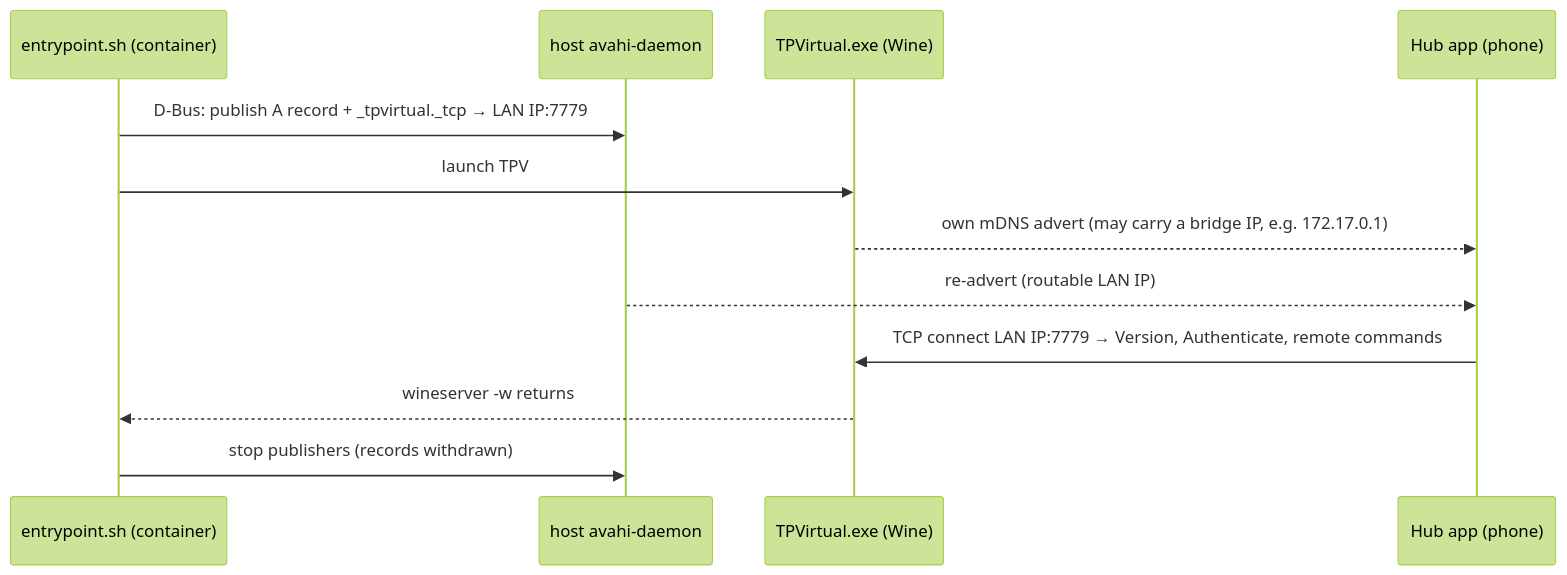
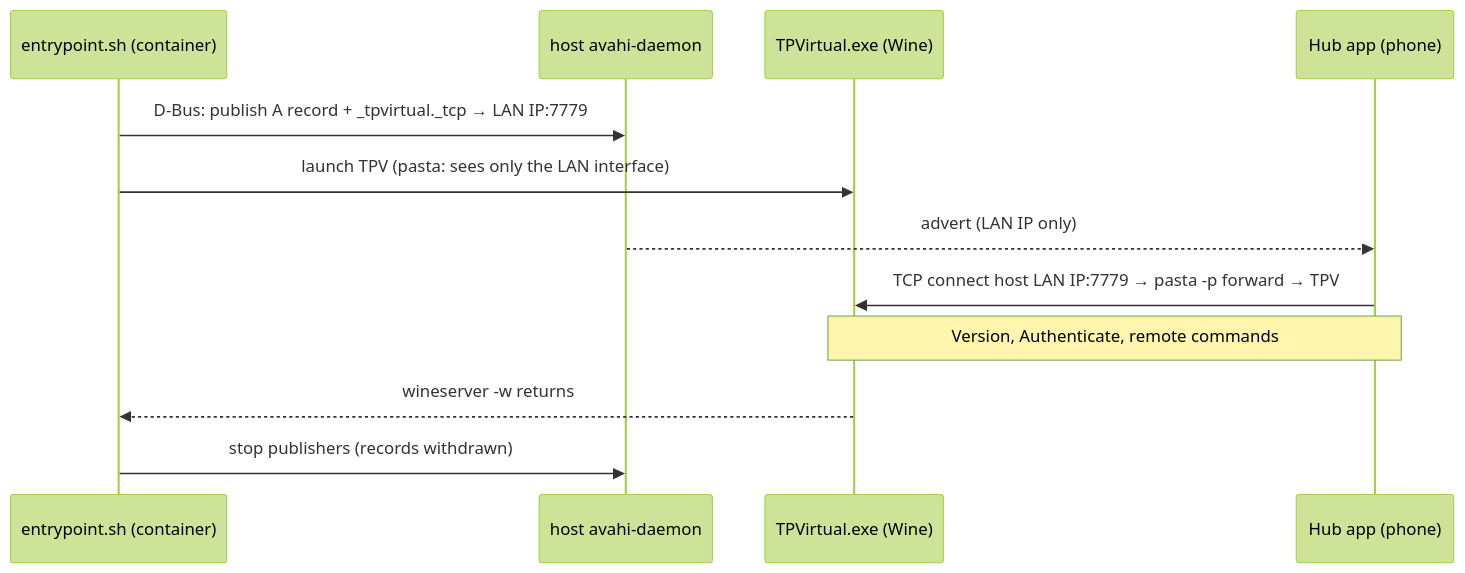
One commit to BenA-SA/tpv-linux-container changed the diagram in docs/adr/0001-re-advertise-tpv-for-the-hub-app.md. Above: the diagram before and after it, drawn with Mermaid (forest theme). The commit also changed other lines of this file and 3 other files, not shown here.

First line of the commit message:
Run TPV on pasta networking so Hub connects in seconds, not ~130 s

````diff
--- a/docs/adr/0001-re-advertise-tpv-for-the-hub-app.md
+++ b/docs/adr/0001-re-advertise-tpv-for-the-hub-app.md
@@ -105,14 +165,14 @@
 ```mermaid
 sequenceDiagram
     participant E as entrypoint.sh (container)
     participant A as host avahi-daemon
     participant T as TPVirtual.exe (Wine)
     participant H as Hub app (phone)
     E->>A: D-Bus: publish A record + _tpvirtual._tcp → LAN IP:7779
-    E->>T: launch TPV
-    T-->>H: own mDNS advert (may carry a bridge IP, e.g. 172.17.0.1)
-    A-->>H: re-advert (routable LAN IP)
-    H->>T: TCP connect LAN IP:7779 → Version, Authenticate, remote commands
+    E->>T: launch TPV (pasta: sees only the LAN interface)
+    A-->>H: advert (LAN IP only)
+    H->>T: TCP connect host LAN IP:7779 → pasta -p forward → TPV
+    Note over H,T: Version, Authenticate, remote commands
     T-->>E: wineserver -w returns
     E->>A: stop publishers (records withdrawn)
 ```
````
